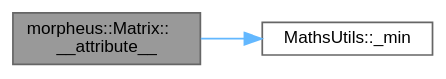
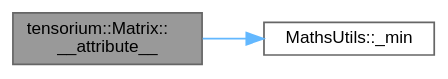
The diagram in docs/classmorpheus_1_1Matrix_a5031915886165d57cc3cf1c0067a093a_cgraph.dot (TensoriumCore/Tensorium_lib), drawn with Graphviz before and after one commit. The commit also changed 3640 other files, not shown here.

```diff
--- a/docs/classmorpheus_1_1Matrix_a5031915886165d57cc3cf1c0067a093a_cgraph.dot
+++ b/docs/classmorpheus_1_1Matrix_a5031915886165d57cc3cf1c0067a093a_cgraph.dot
@@ -1,11 +1,11 @@
-digraph "morpheus::Matrix::__attribute__"
+digraph "tensorium::Matrix::__attribute__"
 {
  // LATEX_PDF_SIZE
   bgcolor="transparent";
   edge [fontname=Helvetica,fontsize=10,labelfontname=Helvetica,labelfontsize=10];
   node [fontname=Helvetica,fontsize=10,shape=box,height=0.2,width=0.4];
   rankdir="LR";
-  Node1 [id="Node000001",label="morpheus::Matrix::\l__attribute__",height=0.2,width=0.4,color="gray40", fillcolor="grey60", style="filled", fontcolor="black",tooltip="Multiply matrix by another matrix using optimized SIMD path."];
+  Node1 [id="Node000001",label="tensorium::Matrix::\l__attribute__",height=0.2,width=0.4,color="gray40", fillcolor="grey60", style="filled", fontcolor="black",tooltip="Multiply matrix by another matrix using optimized SIMD path."];
   Node1 -> Node2 [id="edge1_Node000001_Node000002",color="steelblue1",style="solid",tooltip=" "];
   Node2 [id="Node000002",label="MathsUtils::_min",height=0.2,width=0.4,color="grey40", fillcolor="white", style="filled",URL="$classMathsUtils.html#a4ad47f80d02a8c6c6eddd7b5737f34e8",tooltip=" "];
 }
```
